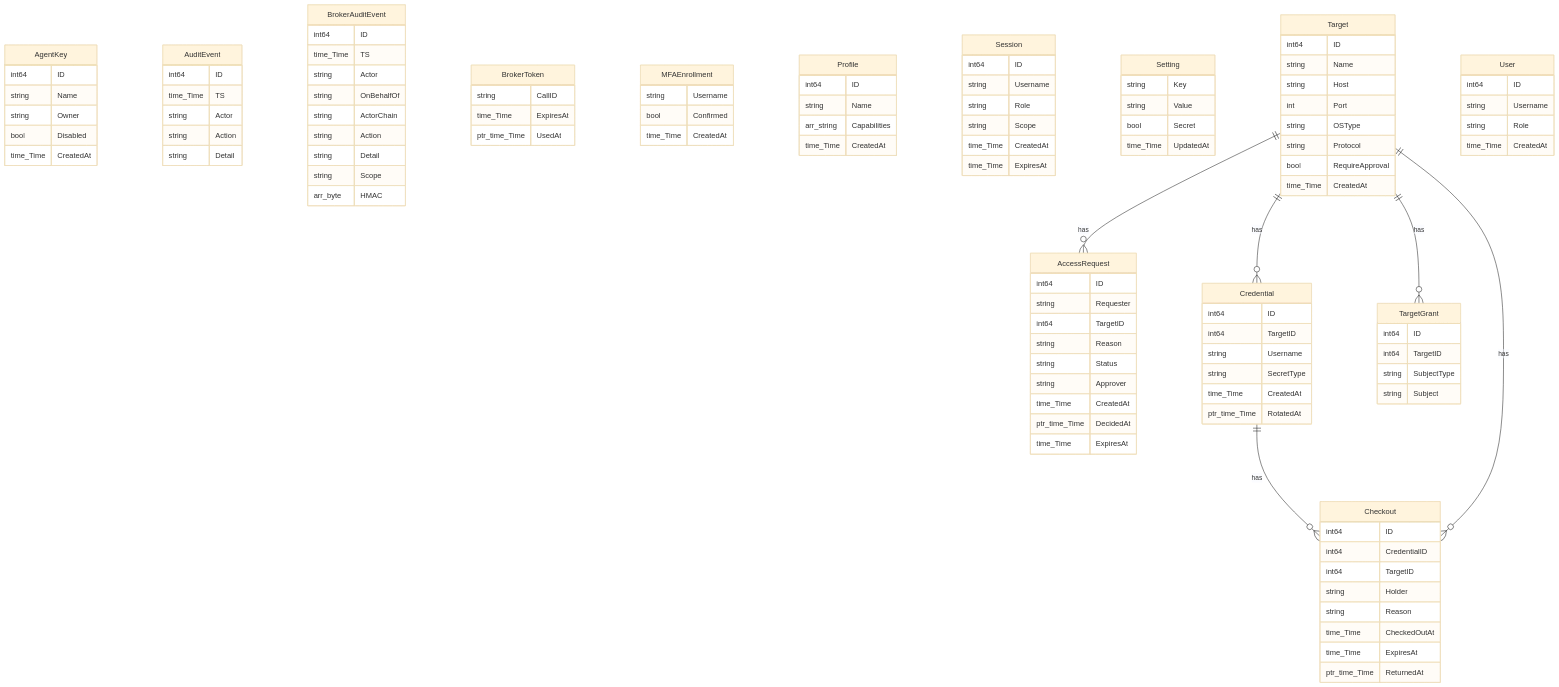
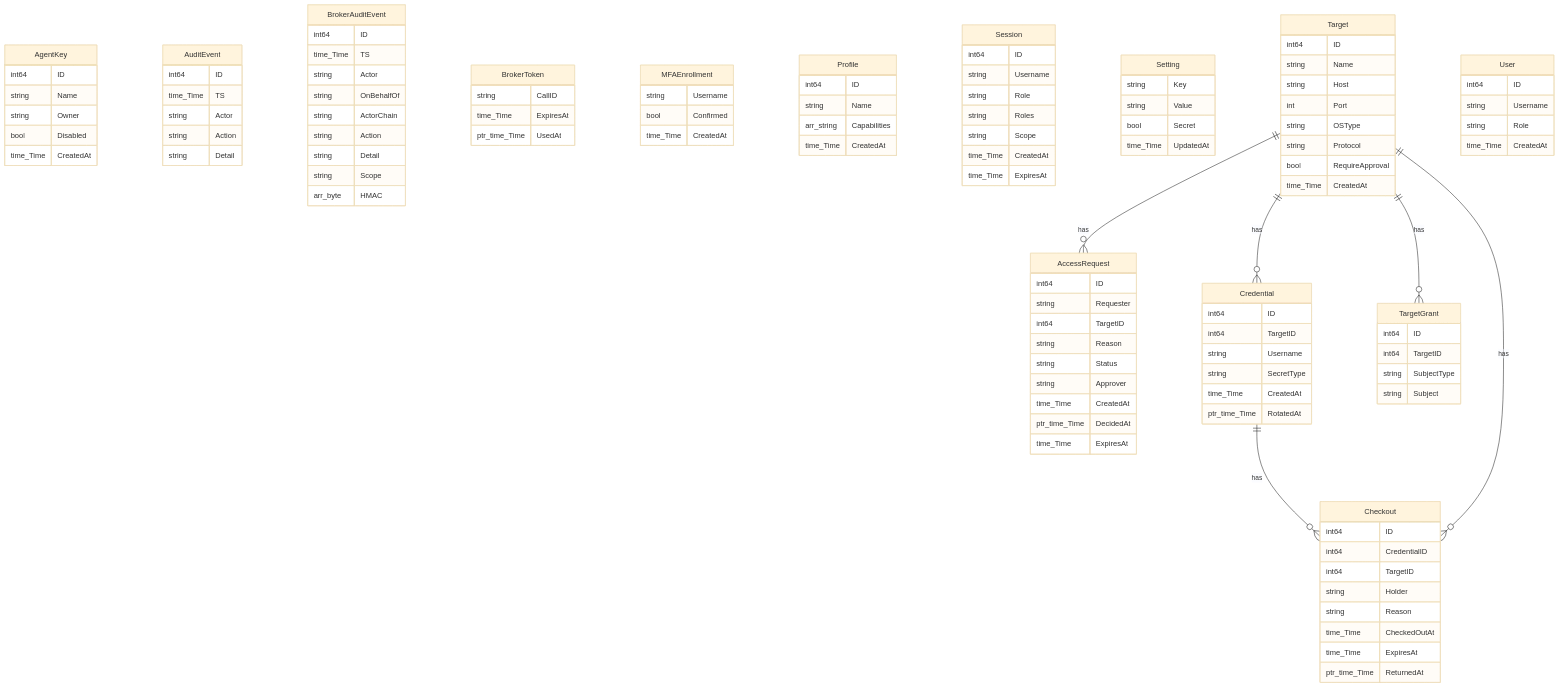
One commit to morandeirachema/pamv1 changed the second of 2 diagrams in docs/ARCHITECTURE-DIAGRAMS.md. Above: the diagram before and after it, drawn with Mermaid (base theme). The commit also changed 7 other files, not shown here.

```diff
--- a/docs/ARCHITECTURE-DIAGRAMS.md
+++ b/docs/ARCHITECTURE-DIAGRAMS.md
@@ -210,6 +210,7 @@
     int64 ID
     string Username
     string Role
+    string Roles
     string Scope
     time_Time CreatedAt
     time_Time ExpiresAt
```
